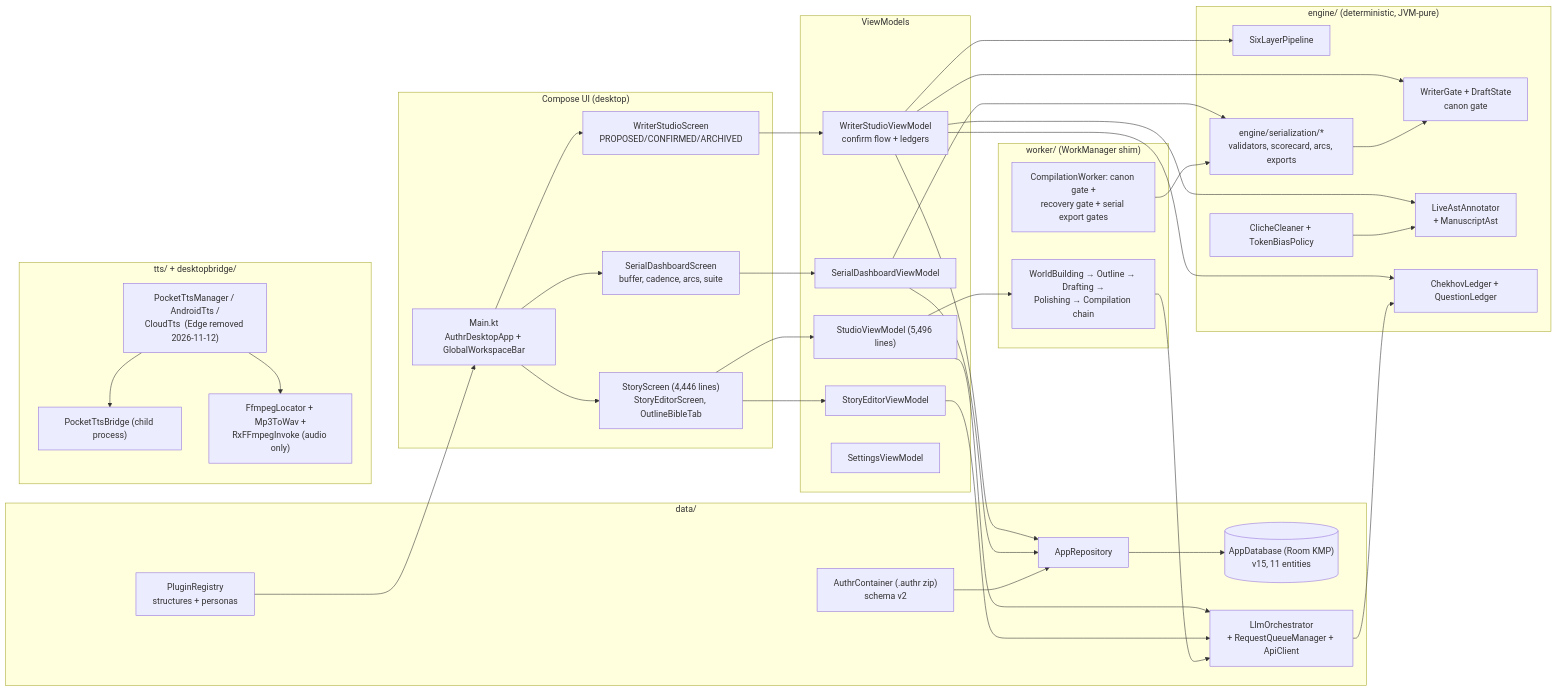
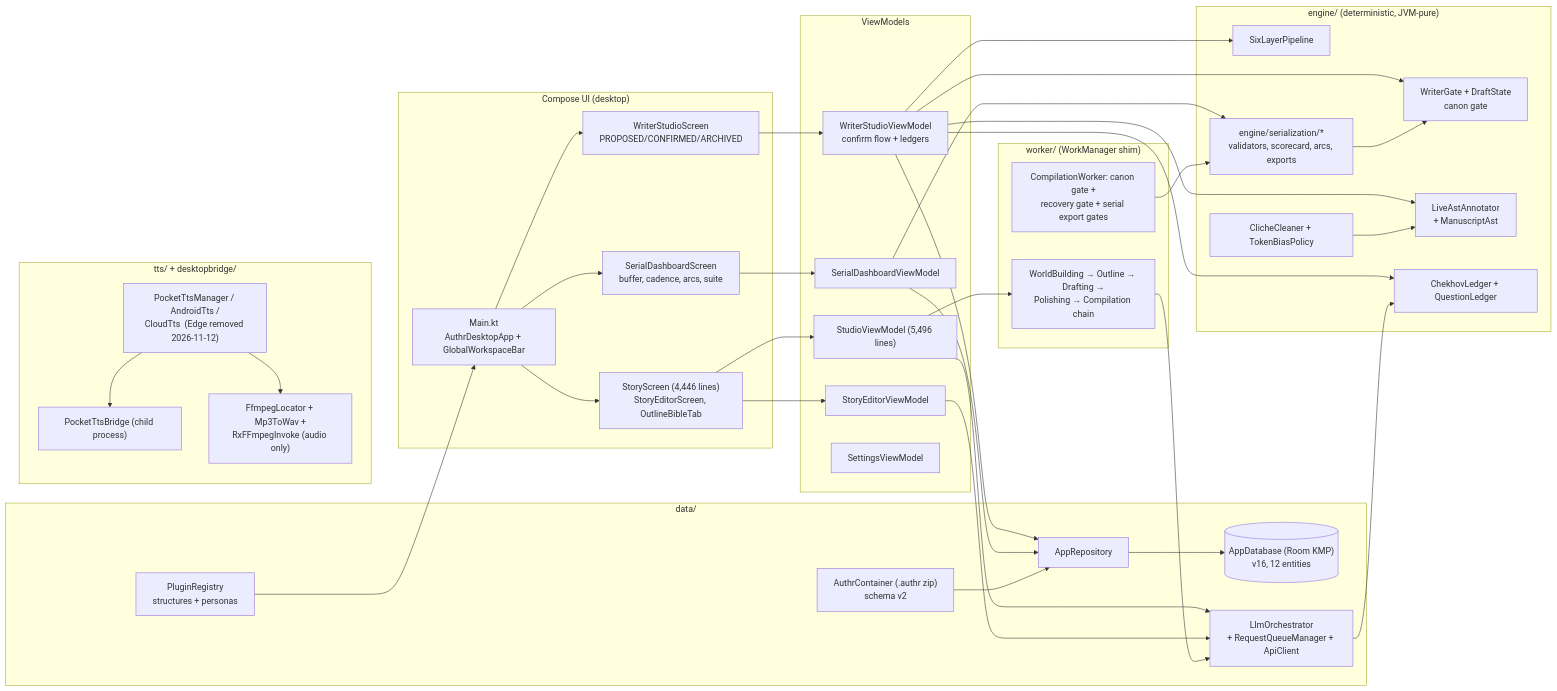
One commit to cschandanguptta-ai/authr_desktop changed the diagram in authr-desktop/docs/system-map.md. Above: the diagram before and after it, drawn with Mermaid. The commit also changed other lines of this file and 2016 other files, not shown here.

First line of the commit message:
ADR-0018: commercial authoring pipeline — nine gated stages, editorial intelligence layer (schema v16), retention analytics, manuscript QA, pipeline workbench (tab 10)

````diff
--- a/authr-desktop/docs/system-map.md
+++ b/authr-desktop/docs/system-map.md
@@ -7,63 +7,63 @@
 ```mermaid
 flowchart LR
     subgraph UI["Compose UI (desktop)"]
         Main["Main.kt<br/>AuthrDesktopApp + GlobalWorkspaceBar"]
         Story["StoryScreen (4,446 lines)<br/>StoryEditorScreen, OutlineBibleTab"]
         Studio["WriterStudioScreen<br/>PROPOSED/CONFIRMED/ARCHIVED"]
         Serial["SerialDashboardScreen<br/>buffer, cadence, arcs, suite"]
     end
 
     subgraph VM["ViewModels"]
         SVM["StudioViewModel (5,496 lines)"]
         WVM["WriterStudioViewModel<br/>confirm flow + ledgers"]
         SDVM["SerialDashboardViewModel"]
         SEVM["StoryEditorViewModel"]
         SetVM["SettingsViewModel"]
     end
 
     subgraph Engine["engine/ (deterministic, JVM-pure)"]
         Gate["WriterGate + DraftState<br/>canon gate"]
         AST["LiveAstAnnotator<br/>+ ManuscriptAst"]
         Pipe["SixLayerPipeline"]
         Ledgers["ChekhovLedger + QuestionLedger"]
         Cliche["ClicheCleaner + TokenBiasPolicy"]
         SerialE["engine/serialization/*<br/>validators, scorecard, arcs, exports"]
     end
 
     subgraph Data["data/"]
         Repo["AppRepository"]
-        DB[("AppDatabase (Room KMP)<br/>v15, 11 entities")]
+        DB[("AppDatabase (Room KMP)<br/>v16, 12 entities")] 
         Orch["LlmOrchestrator<br/>+ RequestQueueManager + ApiClient"]
         Container["AuthrContainer (.authr zip)<br/>schema v2"]
         Plugins["PluginRegistry<br/>structures + personas"]
     end
 
     subgraph Workers["worker/ (WorkManager shim)"]
         Chain["WorldBuilding → Outline → Drafting →<br/>Polishing → Compilation chain"]
         SerialGates["CompilationWorker: canon gate +<br/>recovery gate + serial export gates"]
     end
 
     subgraph Media["tts/ + desktopbridge/"]
         TTS["PocketTtsManager / AndroidTts /<br/>CloudTts  (Edge removed 2026-11-12)"]
         PBridge["PocketTtsBridge (child process)"]
         FF["FfmpegLocator + Mp3ToWav +<br/>RxFFmpegInvoke (audio only)"]
     end
 
     Main --> Story & Studio & Serial
     Story --> SVM & SEVM
     Studio --> WVM
     Serial --> SDVM
     SVM & SEVM --> Orch
     WVM --> Gate & AST & Pipe & Ledgers & Repo
     SDVM --> SerialE & Repo
     Orch --> Ledgers
     Cliche --> AST
     SerialE --> Gate
     SVM --> Chain
     Chain --> Orch
     SerialGates --> SerialE
     Repo --> DB
     Container --> Repo
     Plugins --> Main
     TTS --> PBridge & FF
 ```
````
